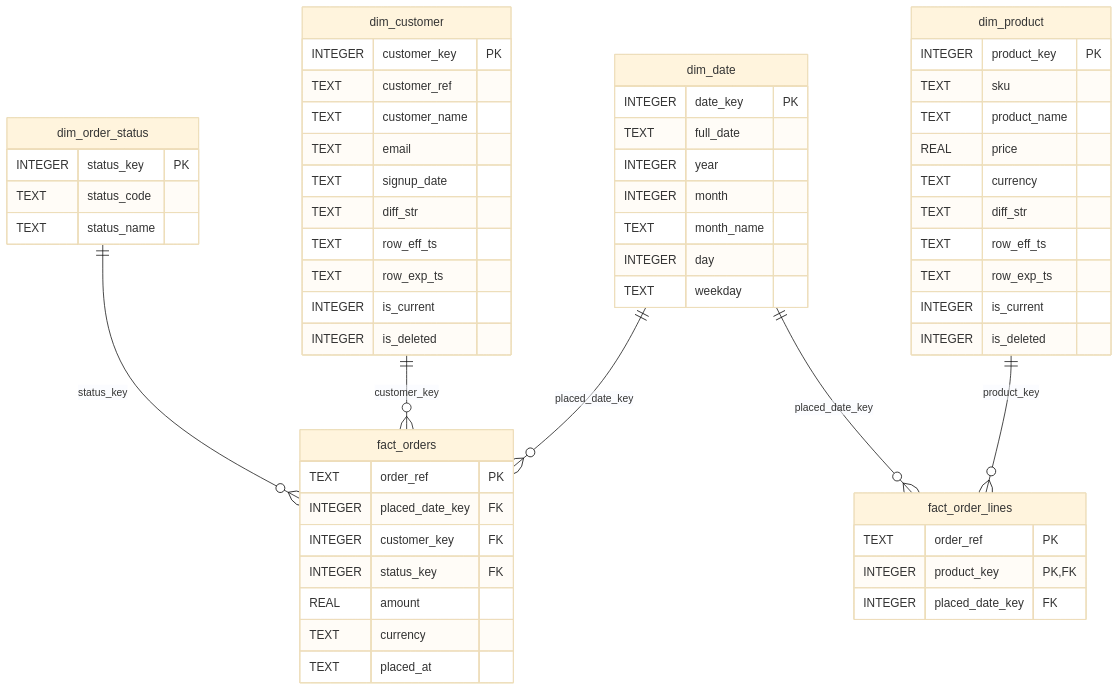
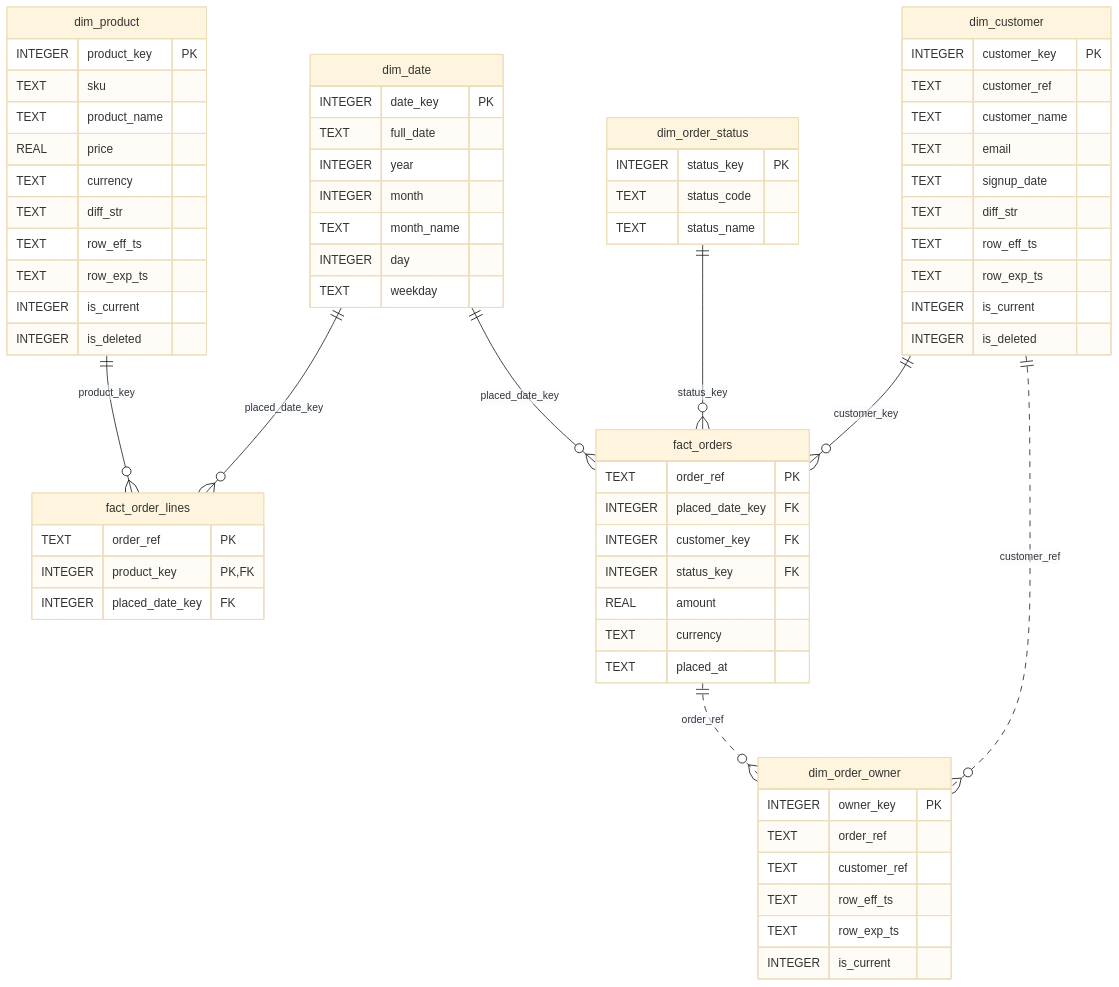
The first of 4 diagrams in er-diagrams/mermaid/data-marts.md (brianmcmillan/minimum-viable-warehouse), drawn with Mermaid (base theme) before and after one commit. The commit also changed other lines of this file and 15 other files, not shown here.

First line of the commit message:
Regenerate the ER diagrams and declare their missing joins (C5 items 5, 7)

````diff
--- a/er-diagrams/mermaid/data-marts.md
+++ b/er-diagrams/mermaid/data-marts.md
@@ -13,60 +15,70 @@
 ```mermaid
 erDiagram
     dim_customer {
         INTEGER customer_key PK
         TEXT customer_ref
         TEXT customer_name
         TEXT email
         TEXT signup_date
         TEXT diff_str
         TEXT row_eff_ts
         TEXT row_exp_ts
         INTEGER is_current
         INTEGER is_deleted
     }
     dim_date {
         INTEGER date_key PK
         TEXT full_date
         INTEGER year
         INTEGER month
         TEXT month_name
         INTEGER day
         TEXT weekday
+    }
+    dim_order_owner {
+        INTEGER owner_key PK
+        TEXT order_ref
+        TEXT customer_ref
+        TEXT row_eff_ts
+        TEXT row_exp_ts
+        INTEGER is_current
     }
     dim_order_status {
         INTEGER status_key PK
         TEXT status_code
         TEXT status_name
     }
     dim_product {
         INTEGER product_key PK
         TEXT sku
         TEXT product_name
         REAL price
         TEXT currency
         TEXT diff_str
         TEXT row_eff_ts
         TEXT row_exp_ts
         INTEGER is_current
         INTEGER is_deleted
     }
     fact_order_lines {
         TEXT order_ref PK
         INTEGER product_key PK, FK
         INTEGER placed_date_key FK
     }
     fact_orders {
         TEXT order_ref PK
         INTEGER placed_date_key FK
         INTEGER customer_key FK
         INTEGER status_key FK
         REAL amount
         TEXT currency
         TEXT placed_at
     }
     dim_date ||--o{ fact_order_lines : "placed_date_key"
     dim_product ||--o{ fact_order_lines : "product_key"
     dim_order_status ||--o{ fact_orders : "status_key"
     dim_customer ||--o{ fact_orders : "customer_key"
     dim_date ||--o{ fact_orders : "placed_date_key"
+    fact_orders ||..o{ dim_order_owner : "order_ref"
+    dim_customer ||..o{ dim_order_owner : "customer_ref"
 ```
````
